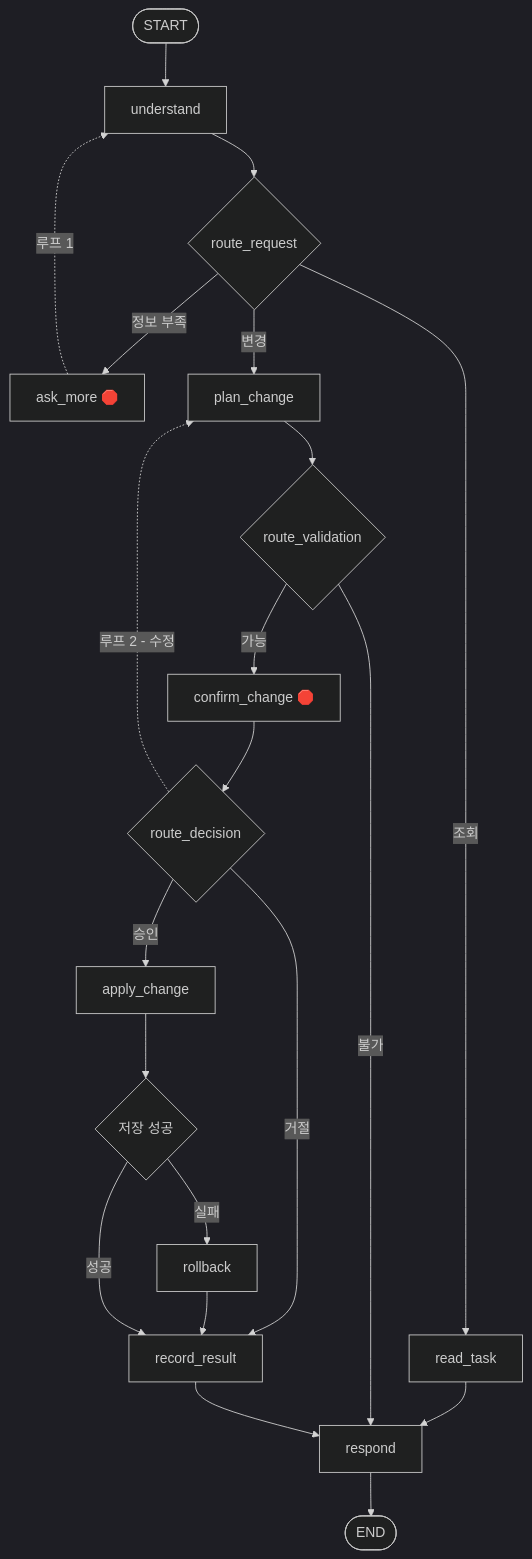
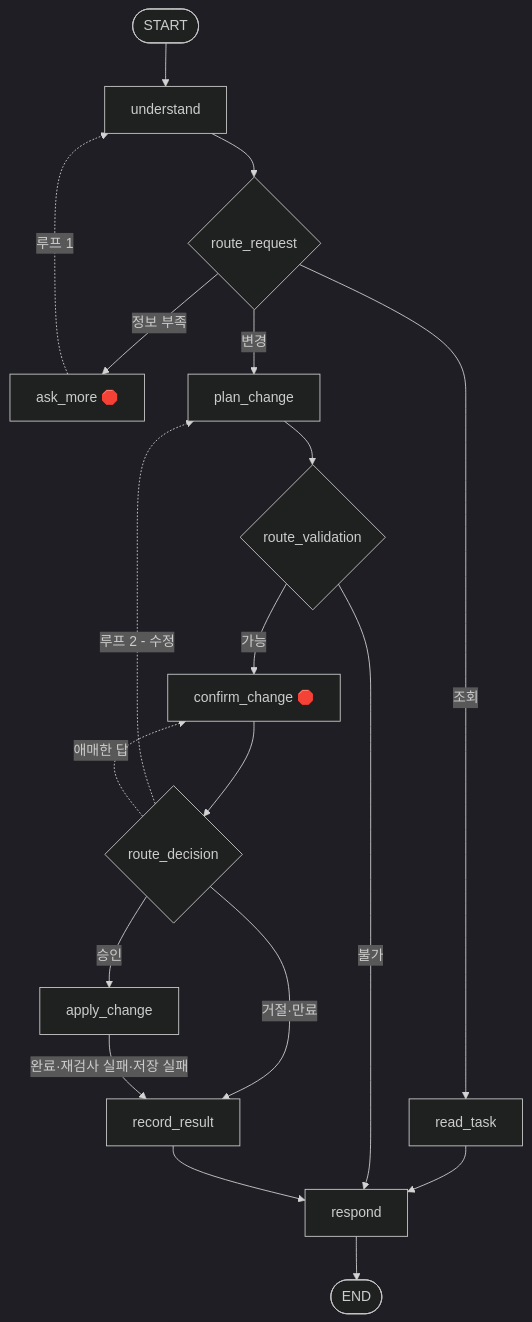
The diagram in docs/설계서.md (noviz-domino/langgraph-financial-agent), drawn with Mermaid (dark theme) before and after one commit. The commit also changed other lines of this file and 3 other files, not shown here.

````diff
--- a/docs/설계서.md
+++ b/docs/설계서.md
@@ -189,23 +190,21 @@
 ```mermaid
 flowchart TD
     S([START]) --> UND["understand"]
     UND --> R1{"route_request"}
     R1 -->|"정보 부족"| ASK["ask_more 🛑"]
     ASK -.->|"루프 1"| UND
     R1 -->|"조회"| READ["read_task"]
     READ --> RESP
     R1 -->|"변경"| PLAN["plan_change"]
     PLAN --> R2{"route_validation"}
     R2 -->|"불가"| RESP
     R2 -->|"가능"| CONF["confirm_change 🛑"]
     CONF --> R3{"route_decision"}
     R3 -.->|"루프 2 - 수정"| PLAN
-    R3 -->|"거절"| REC
+    R3 -.->|"애매한 답"| CONF
+    R3 -->|"거절·만료"| REC
     R3 -->|"승인"| APPLY["apply_change"]
-    APPLY --> R4{"저장 성공"}
-    R4 -->|"실패"| RB["rollback"]
-    RB --> REC
-    R4 -->|"성공"| REC
+    APPLY -->|"완료·재검사 실패·저장 실패"| REC
     REC["record_result"] --> RESP
     RESP["respond"] --> E([END])
 ```
````
